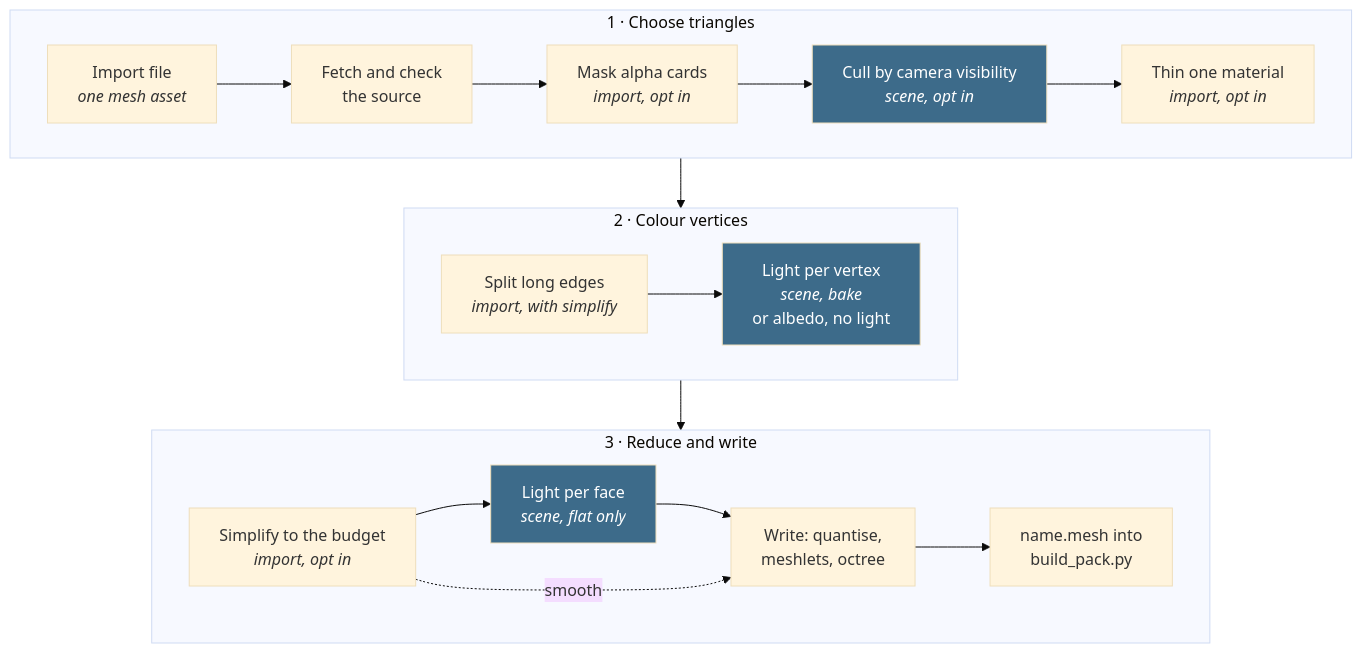
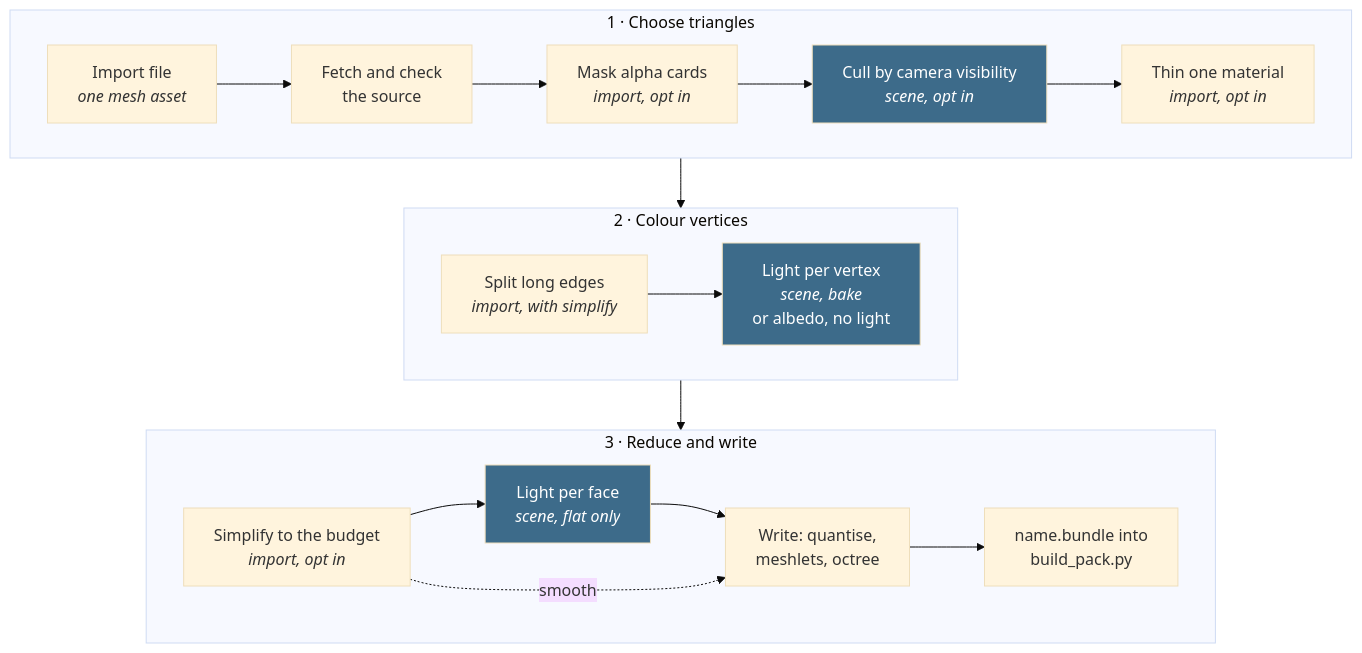
One commit to jose-villegas/autana changed the first of 3 diagrams in docs/render/offline/Mesh-Import.md. Above: the diagram before and after it, drawn with Mermaid (base theme). The commit also changed other lines of this file and 70 other files, not shown here.

````diff
--- a/docs/render/offline/Mesh-Import.md
+++ b/docs/render/offline/Mesh-Import.md
@@ -8,19 +8,19 @@
 ```mermaid
 flowchart TB
     subgraph Cut["1 · Choose triangles"]
     direction LR
     Import["Import file<br/><i>one mesh asset</i>"] --> Fetch["Fetch and check<br/>the source"] --> Mask["Mask alpha cards<br/><i>import, opt in</i>"] --> Vis["Cull by camera visibility<br/><i>scene, opt in</i>"] --> Thin["Thin one material<br/><i>import, opt in</i>"]
     end
     subgraph Light["2 · Colour vertices"]
     direction LR
     Dense["Split long edges<br/><i>import, with simplify</i>"] --> Lit["Light per vertex<br/><i>scene, bake</i><br/>or albedo, no light"]
     end
     subgraph Finish["3 · Reduce and write"]
     direction LR
-    Simp["Simplify to the budget<br/><i>import, opt in</i>"] --> Face["Light per face<br/><i>scene, flat only</i>"] --> Write["Write: quantise,<br/>meshlets, octree"] --> Pack["name.mesh into<br/>build_pack.py"]
+    Simp["Simplify to the budget<br/><i>import, opt in</i>"] --> Face["Light per face<br/><i>scene, flat only</i>"] --> Write["Write: quantise,<br/>meshlets, octree"] --> Pack["name.bundle into<br/>build_pack.py"]
     Simp -. smooth .-> Write
     end
     Cut --> Light --> Finish
     classDef scene fill:#3d6b8a,color:#fff
     class Vis,Lit,Face scene
 ```
````
